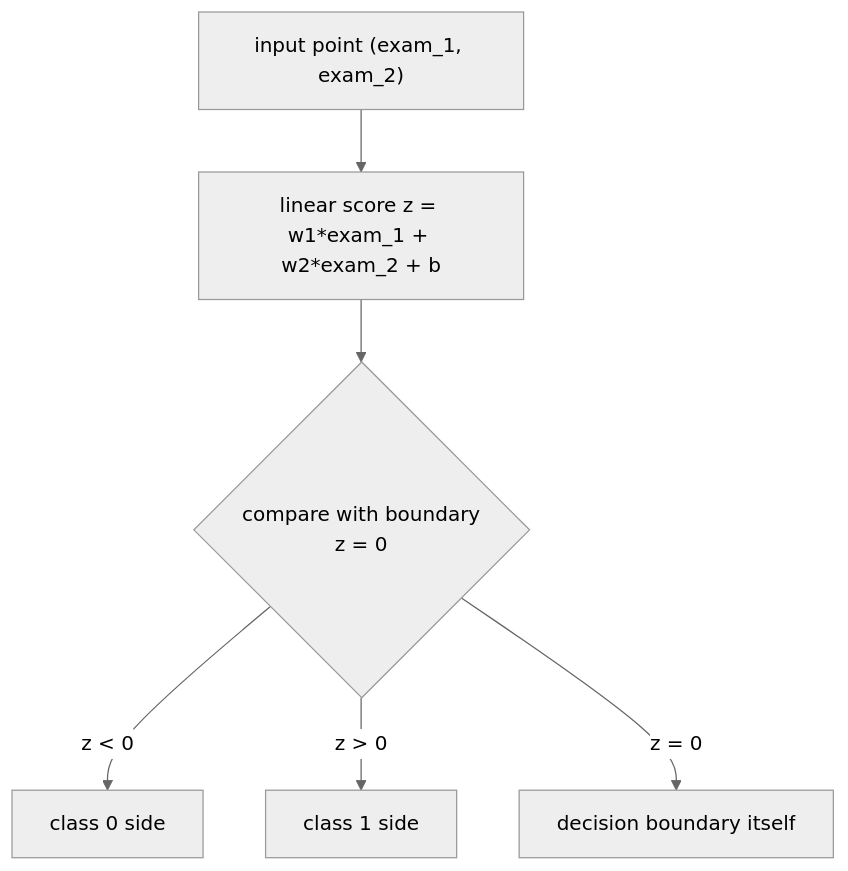
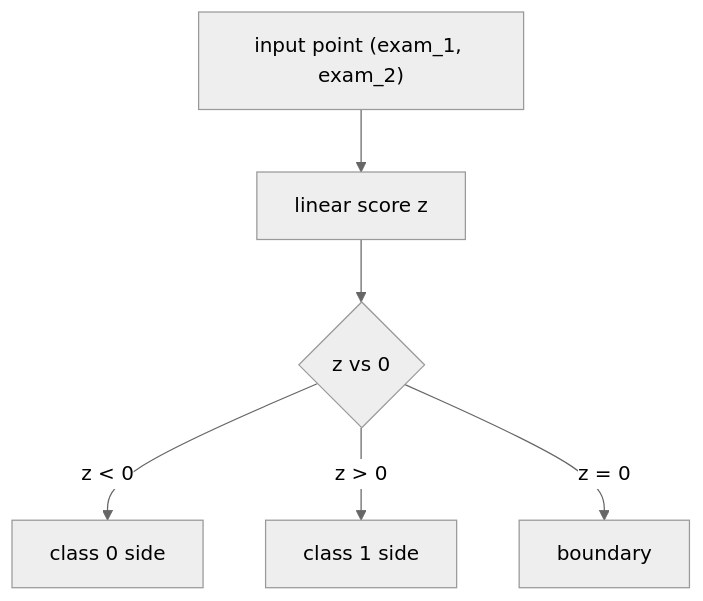
One commit to devchan64/AiBook changed the second of 4 diagrams in docs/parts/part-04/chapter-11/section-02.md. Above: the diagram before and after it, drawn with Mermaid (neutral theme). The commit also changed other lines of this file and 8 other files, not shown here.

````diff
--- a/docs/parts/part-04/chapter-11/section-02.md
+++ b/docs/parts/part-04/chapter-11/section-02.md
@@ -158,9 +160,9 @@
 ```mermaid
 flowchart TD
   A["input point (exam_1, exam_2)"]
-  A --> B["linear score z = w1*exam_1 + w2*exam_2 + b"]
-  B --> C{"compare with boundary<br/>z = 0"}
+  A --> B["linear score z"]
+  B --> C{"z vs 0"}
   C -->|z < 0| D["class 0 side"]
   C -->|z > 0| E["class 1 side"]
-  C -->|z = 0| F["decision boundary itself"]
+  C -->|z = 0| F["boundary"]
 ```
````
